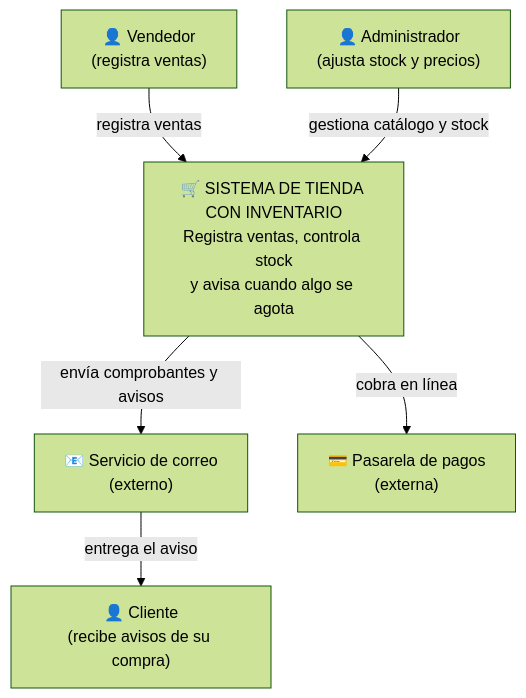
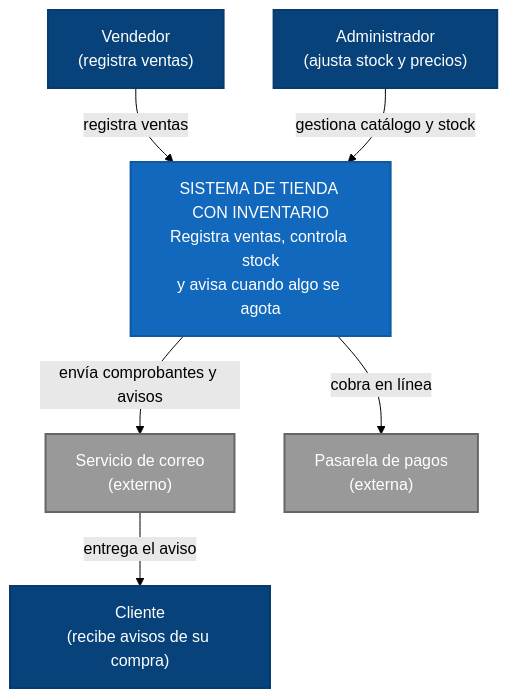
Before and after one commit to goldenBoy16/expediente-arq-rodriguez: the diagram in h4/README.md, drawn with Mermaid (forest theme).

````diff
--- a/h4/README.md
+++ b/h4/README.md
@@ -3,17 +3,21 @@
 ```mermaid
-flowchart TB
-    vendedor["👤 Vendedor<br>(registra ventas)"]
-    admin["👤 Administrador<br>(ajusta stock y precios)"]
-    cliente["👤 Cliente<br>(recibe avisos de su compra)"]
+graph TD
+    classDef actor fill:#08427b,color:#fff,stroke:#073b6f,stroke-width:2px;
+    classDef system fill:#1168bd,color:#fff,stroke:#0e58a0,stroke-width:2px;
+    classDef external fill:#999999,color:#fff,stroke:#666666,stroke-width:2px;
 
-    sistema["🛒 SISTEMA DE TIENDA CON INVENTARIO<br>Registra ventas, controla stock<br>y avisa cuando algo se agota"]
+    vendedor["Vendedor<br/>(registra ventas)"]:::actor
+    admin["Administrador<br/>(ajusta stock y precios)"]:::actor
+    cliente["Cliente<br/>(recibe avisos de su compra)"]:::actor
 
-    correo["📧 Servicio de correo<br>(externo)"]
-    pasarela["💳 Pasarela de pagos<br>(externa)"]
+    sistema["SISTEMA DE TIENDA CON INVENTARIO<br/>Registra ventas, controla stock<br/>y avisa cuando algo se agota"]:::system
 
-    vendedor -->|"registra ventas"| sistema
-    admin -->|"gestiona catálogo y stock"| sistema
-    sistema -->|"envía comprobantes y avisos"| correo
-    correo -->|"entrega el aviso"| cliente
-    sistema -->|"cobra en línea"| pasarela
+    correo["Servicio de correo<br/>(externo)"]:::external
+    pasarela["Pasarela de pagos<br/>(externa)"]:::external
+
+    vendedor -->|registra ventas| sistema
+    admin -->|gestiona catálogo y stock| sistema
+    sistema -->|envía comprobantes y avisos| correo
+    correo -->|entrega el aviso| cliente
+    sistema -->|cobra en línea| pasarela
 ```
````
